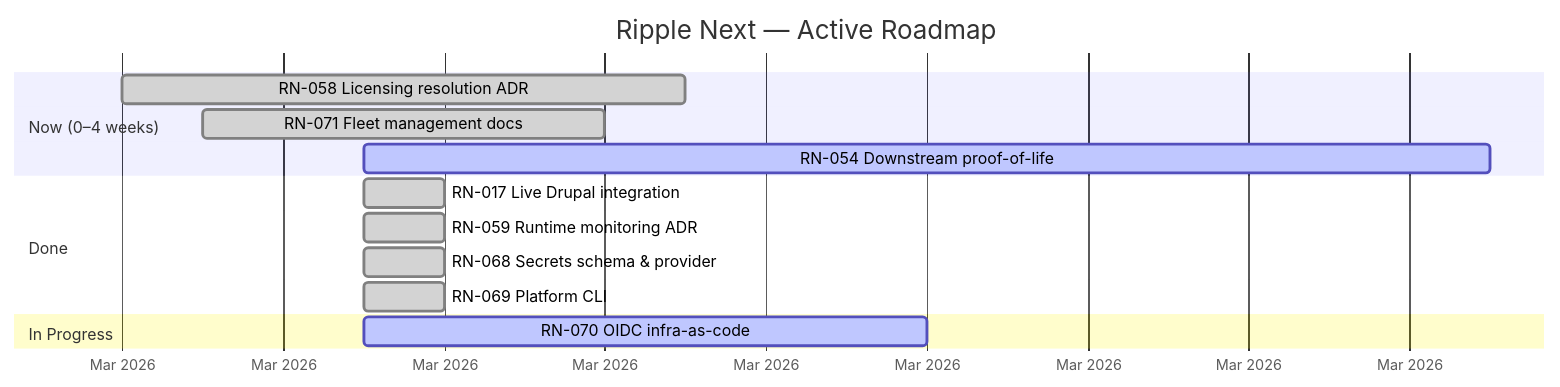
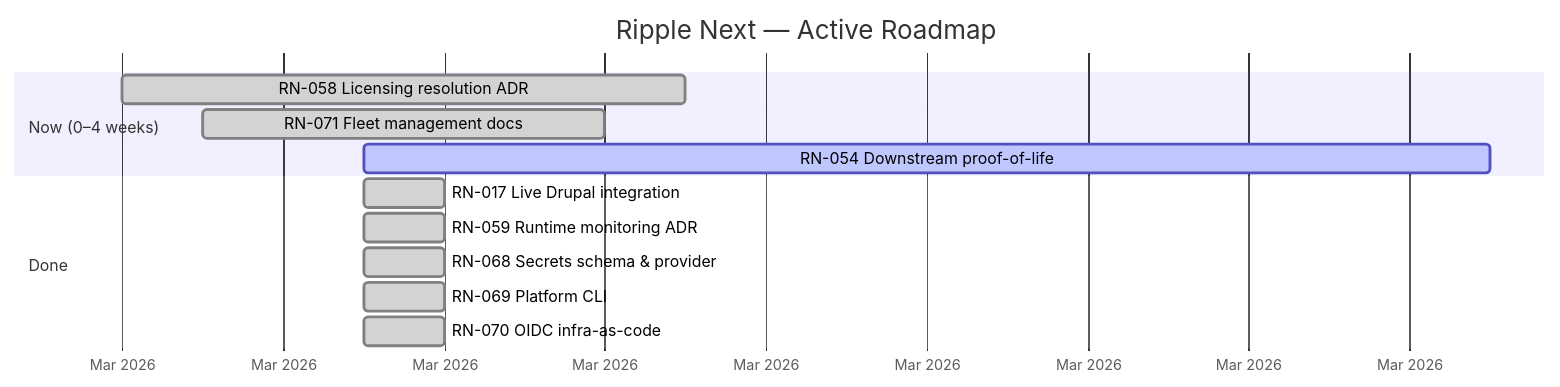
The diagram in docs/product-roadmap/README.md (jbejenar/ripple-next), drawn with Mermaid before and after one commit. The commit also changed other lines of this file, not shown here.

First line of the commit message:
docs: mark RN-070 OIDC infra-as-code as Done — 64 items complete

````diff
--- a/docs/product-roadmap/README.md
+++ b/docs/product-roadmap/README.md
@@ -16,20 +16,19 @@
 ```mermaid
 gantt
     title Ripple Next — Active Roadmap
     dateFormat YYYY-MM-DD
     axisFormat %b %Y
 
     section Now (0–4 weeks)
     RN-058 Licensing resolution ADR        :done, rn058, 2026-03-03, 7d
     RN-071 Fleet management docs           :done, rn071, 2026-03-04, 5d
     RN-054 Downstream proof-of-life        :active, rn054, 2026-03-06, 14d
 
     section Done
     RN-017 Live Drupal integration         :done, rn017, 2026-03-06, 1d
     RN-059 Runtime monitoring ADR          :done, rn059, 2026-03-06, 1d
     RN-068 Secrets schema & provider       :done, rn068, 2026-03-06, 1d
     RN-069 Platform CLI                    :done, rn069, 2026-03-06, 1d
 
-    section In Progress
-    RN-070 OIDC infra-as-code              :active, rn070, 2026-03-06, 7d
+    RN-070 OIDC infra-as-code              :done, rn070, 2026-03-06, 1d
 ```
````
